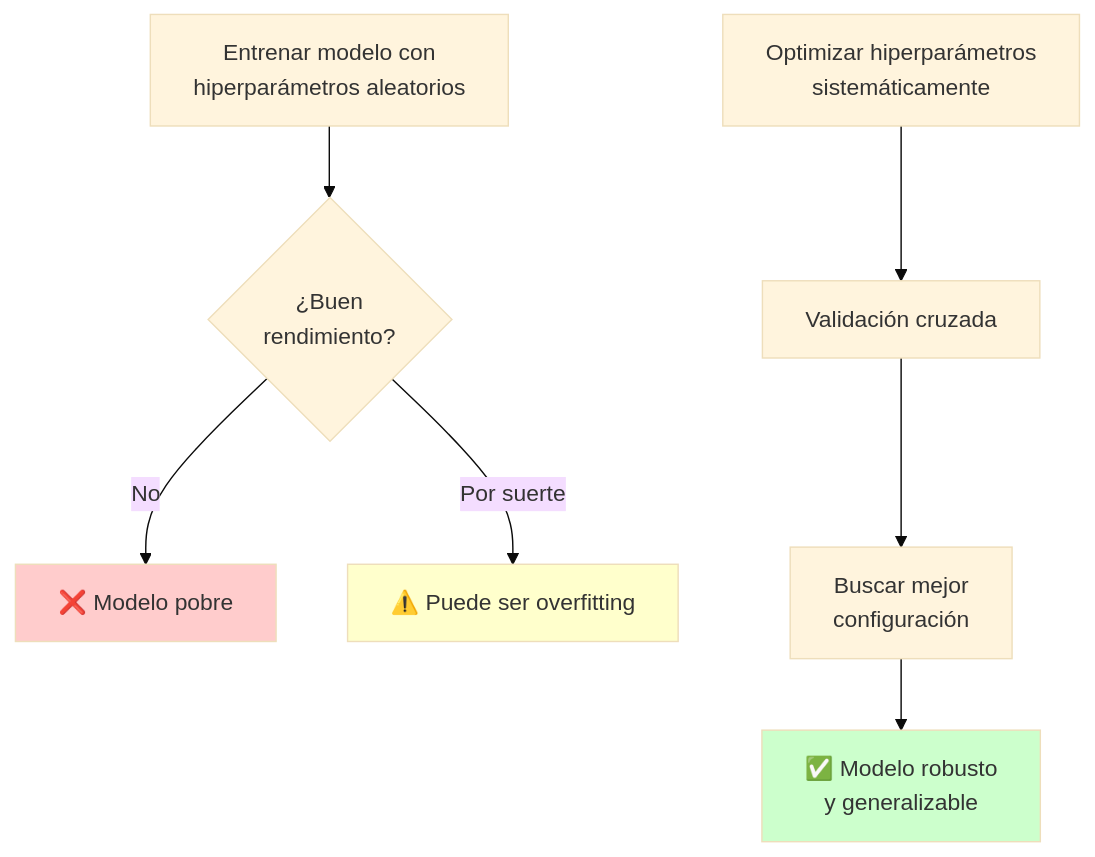
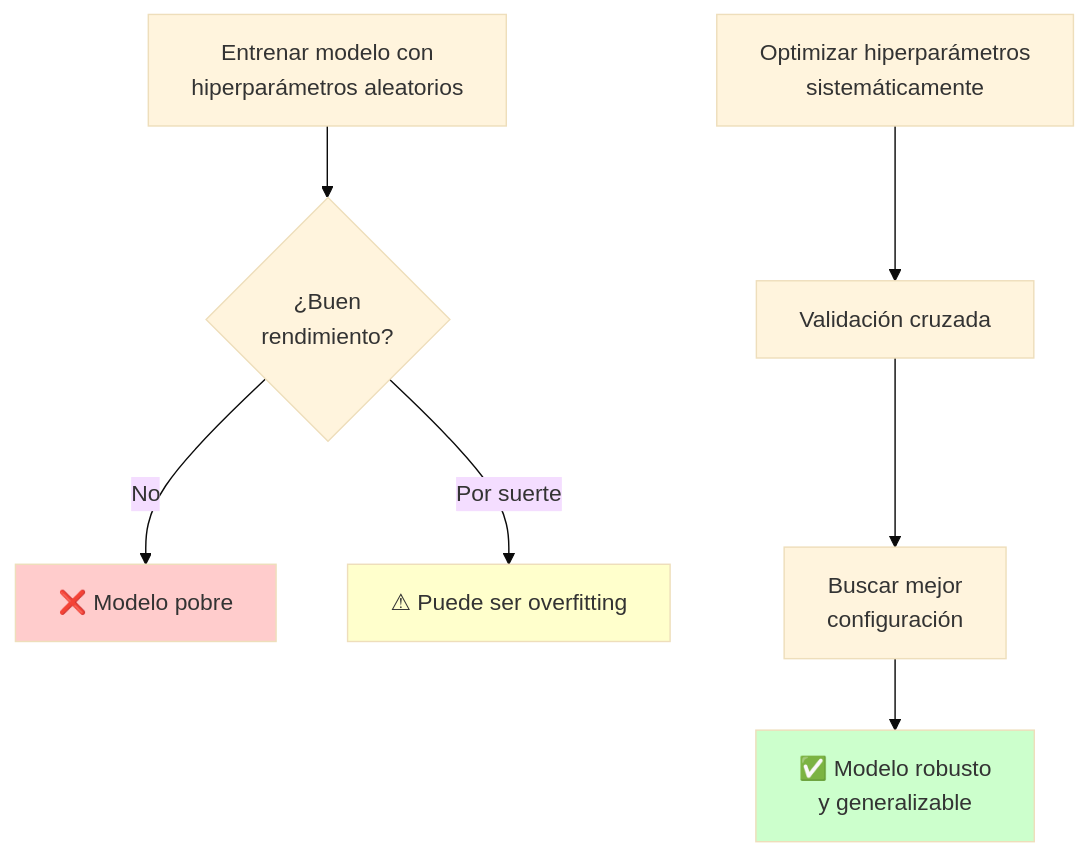
Before and after one commit to dpalacioj/data-projects-lab: the first of 17 diagrams in tutorials/10-validacion-y-optimizacion-hiperparametros.md, drawn with Mermaid (base theme). The commit also changed other lines of this file and 6 other files, not shown here.

````diff
--- a/tutorials/10-validacion-y-optimizacion-hiperparametros.md
+++ b/tutorials/10-validacion-y-optimizacion-hiperparametros.md
@@ -32,14 +32,14 @@
 ```mermaid
 graph TD
     A[Entrenar modelo con<br/>hiperparámetros aleatorios] --> B{¿Buen<br/>rendimiento?}
     B -->|No| C[❌ Modelo pobre]
-    B -->|Por suerte| D[⚠️ Puede ser overfitting]
+    B -->|Por suerte| D[⚠ Puede ser overfitting]
 
     E[Optimizar hiperparámetros<br/>sistemáticamente] --> F[Validación cruzada]
     F --> G[Buscar mejor<br/>configuración]
     G --> H[✅ Modelo robusto<br/>y generalizable]
 
     style C fill:#ffcccc
     style D fill:#ffffcc
     style H fill:#ccffcc
 ```
````
